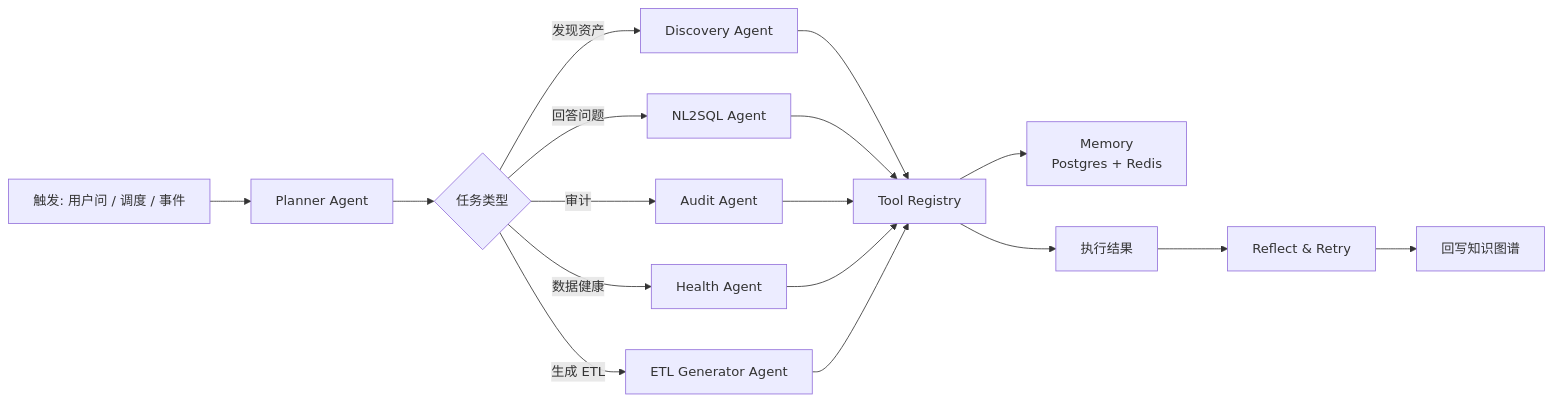
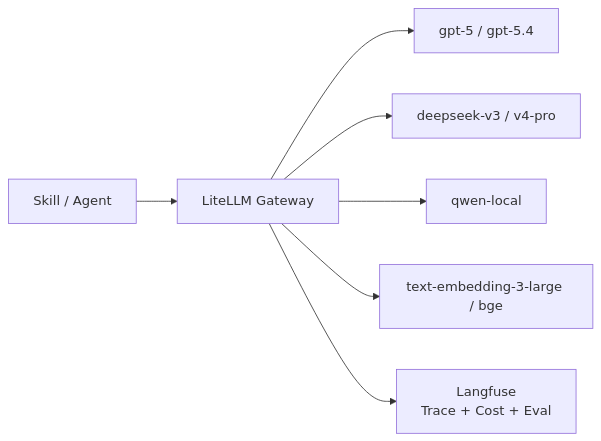
Before and after one commit to gavenlv/idm: the sixth of 8 diagrams in docs/design/architecture.md, drawn with Mermaid. The commit also changed other lines of this file and 92 other files, not shown here.

````diff
--- a/docs/design/architecture.md
+++ b/docs/design/architecture.md
@@ -228,19 +309,9 @@
 ```mermaid
 flowchart LR
-    A[触发: 用户问 / 调度 / 事件] --> B[Planner Agent]
-    B --> C{任务类型}
-    C -->|发现资产| D1[Discovery Agent]
-    C -->|回答问题| D2[NL2SQL Agent]
-    C -->|审计| D3[Audit Agent]
-    C -->|数据健康| D4[Health Agent]
-    C -->|生成 ETL| D5[ETL Generator Agent]
-    D1 --> E[Tool Registry]
-    D2 --> E
-    D3 --> E
-    D4 --> E
-    D5 --> E
-    E --> F[Memory<br/>Postgres + Redis]
-    E --> G[执行结果]
-    G --> H[Reflect & Retry]
-    H --> I[回写知识图谱]
+    A[Skill / Agent] --> B[LiteLLM Gateway]
+    B --> C1[gpt-5 / gpt-5.4]
+    B --> C2[deepseek-v3 / v4-pro]
+    B --> C3[qwen-local]
+    B --> C4[text-embedding-3-large / bge]
+    B --> D[Langfuse<br/>Trace + Cost + Eval]
 ```
````
